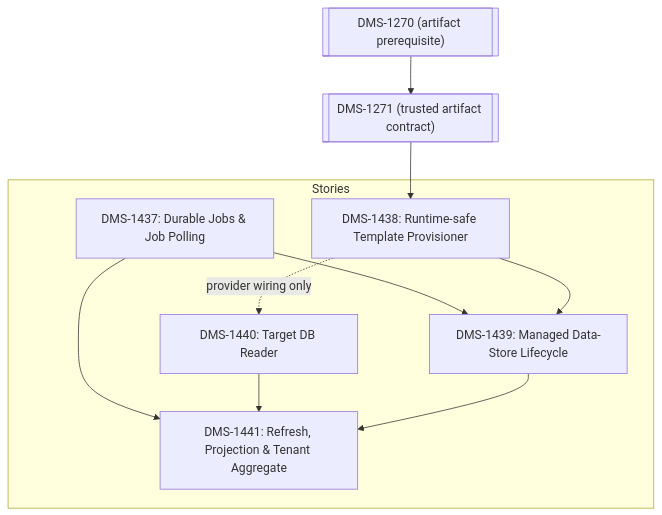
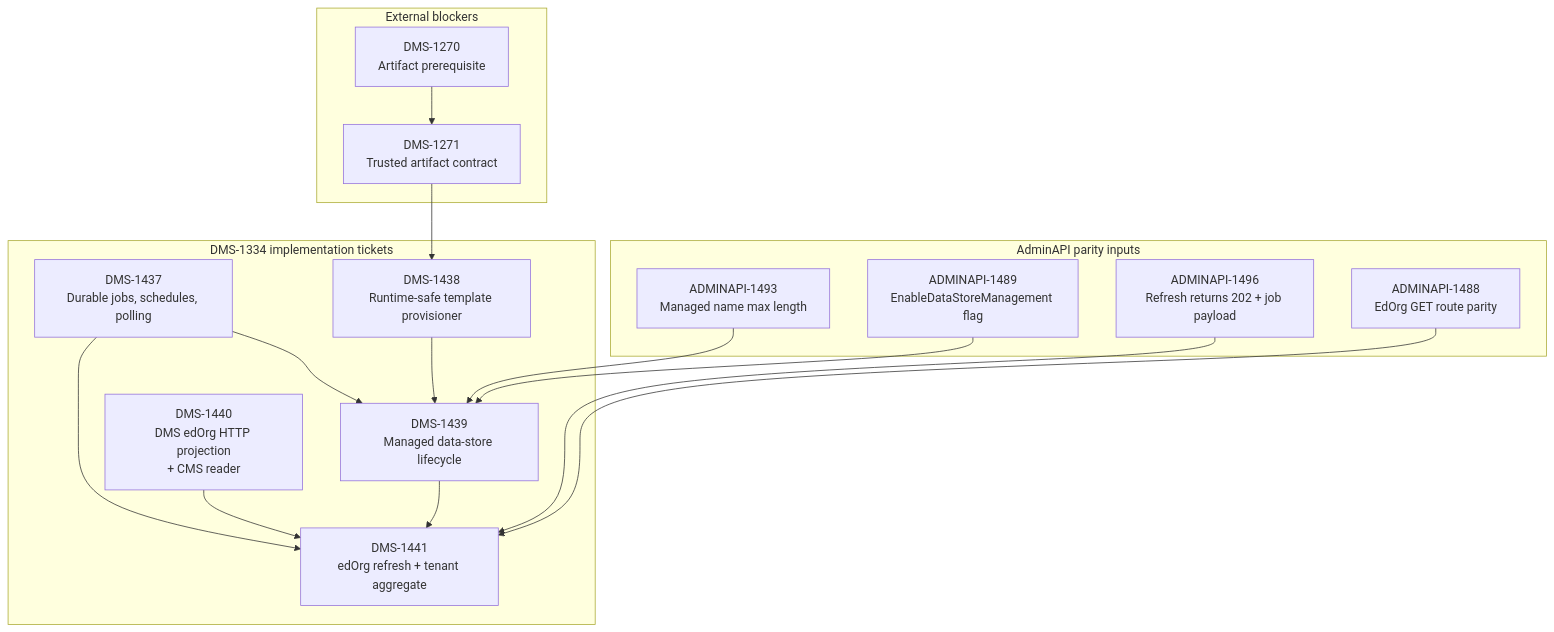
Before and after one commit to Ed-Fi-Alliance-OSS/Data-Management-Service: the diagram in reference/spikes/DMS-1334/candidate-implementation-stories.md, drawn with Mermaid. The commit also changed other lines of this file and 6 other files, not shown here.

First line of the commit message:
[DMS-1534] Update DMS-1334 generated story text to reflect recent AdminApi (#1245)

````diff
--- a/reference/spikes/DMS-1334/candidate-implementation-stories.md
+++ b/reference/spikes/DMS-1334/candidate-implementation-stories.md
@@ -22,24 +26,35 @@
 ```mermaid
 graph TD
- subgraph Stories
-  DMS-1437["DMS-1437: Durable Jobs & Job Polling"]
-  DMS-1438["DMS-1438: Runtime-safe Template Provisioner"]
-  DMS-1439["DMS-1439: Managed Data-Store Lifecycle"]
-  DMS-1440["DMS-1440: Target DB Reader"]
-  DMS-1441["DMS-1441: Refresh, Projection & Tenant Aggregate"]
- end
+  subgraph AdminAPI["AdminAPI parity inputs"]
+    A1493["ADMINAPI-1493<br/>Managed name max length"]
+    A1489["ADMINAPI-1489<br/>EnableDataStoreManagement flag"]
+    A1496["ADMINAPI-1496<br/>Refresh returns 202 + job payload"]
+    A1488["ADMINAPI-1488<br/>EdOrg GET route parity"]
+  end
 
- %% Dependencies
- DMS-1437 --> DMS-1439
- DMS-1438 --> DMS-1439
- DMS-1438 -.->|provider wiring only| DMS-1440
- DMS-1437 --> DMS-1441
- DMS-1440 --> DMS-1441
- DMS-1439 --> DMS-1441
+  subgraph Blockers["External blockers"]
+    DMS1270["DMS-1270<br/>Artifact prerequisite"]
+    DMS1271["DMS-1271<br/>Trusted artifact contract"]
+  end
 
- %% Blockers
- DMDMS-1437270[["DMS-1270 (artifact prerequisite)"]]
- DMDMS-1437271[["DMS-1271 (trusted artifact contract)"]]
- DMDMS-1437270 --> DMDMS-1437271
- DMDMS-1437271 --> DMS-1438
+  subgraph Stories["DMS-1334 implementation tickets"]
+    DMS1437["DMS-1437<br/>Durable jobs, schedules, polling"]
+    DMS1438["DMS-1438<br/>Runtime-safe template provisioner"]
+    DMS1439["DMS-1439<br/>Managed data-store lifecycle"]
+    DMS1440["DMS-1440<br/>DMS edOrg HTTP projection<br/>+ CMS reader"]
+    DMS1441["DMS-1441<br/>edOrg refresh + tenant aggregate"]
+  end
+
+  DMS1270 --> DMS1271 --> DMS1438
+
+  A1493 --> DMS1439
+  A1489 --> DMS1439
+  A1496 --> DMS1441
+  A1488 --> DMS1441
+
+  DMS1437 --> DMS1439
+  DMS1438 --> DMS1439
+  DMS1437 --> DMS1441
+  DMS1440 --> DMS1441
+  DMS1439 --> DMS1441
 ```
````
